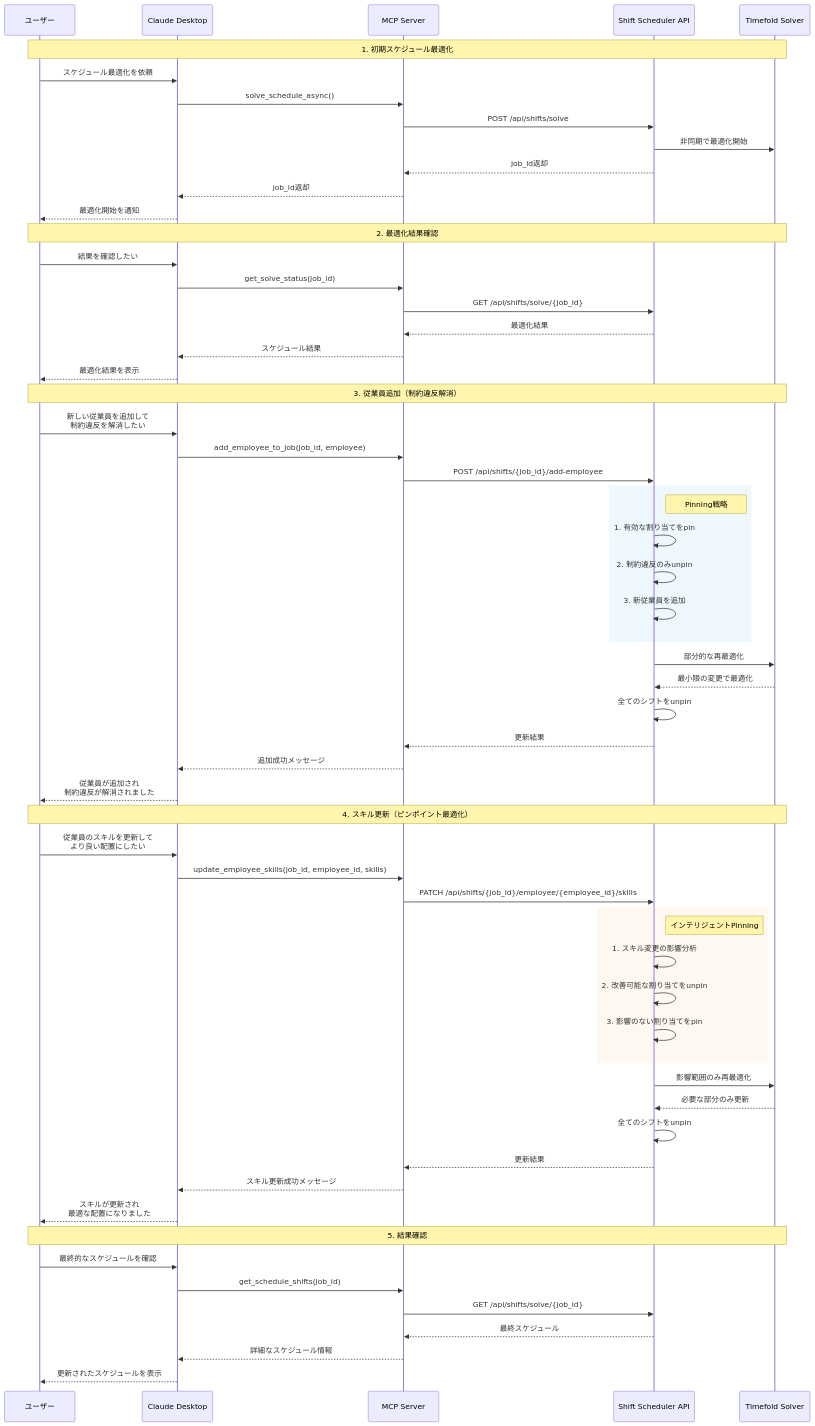
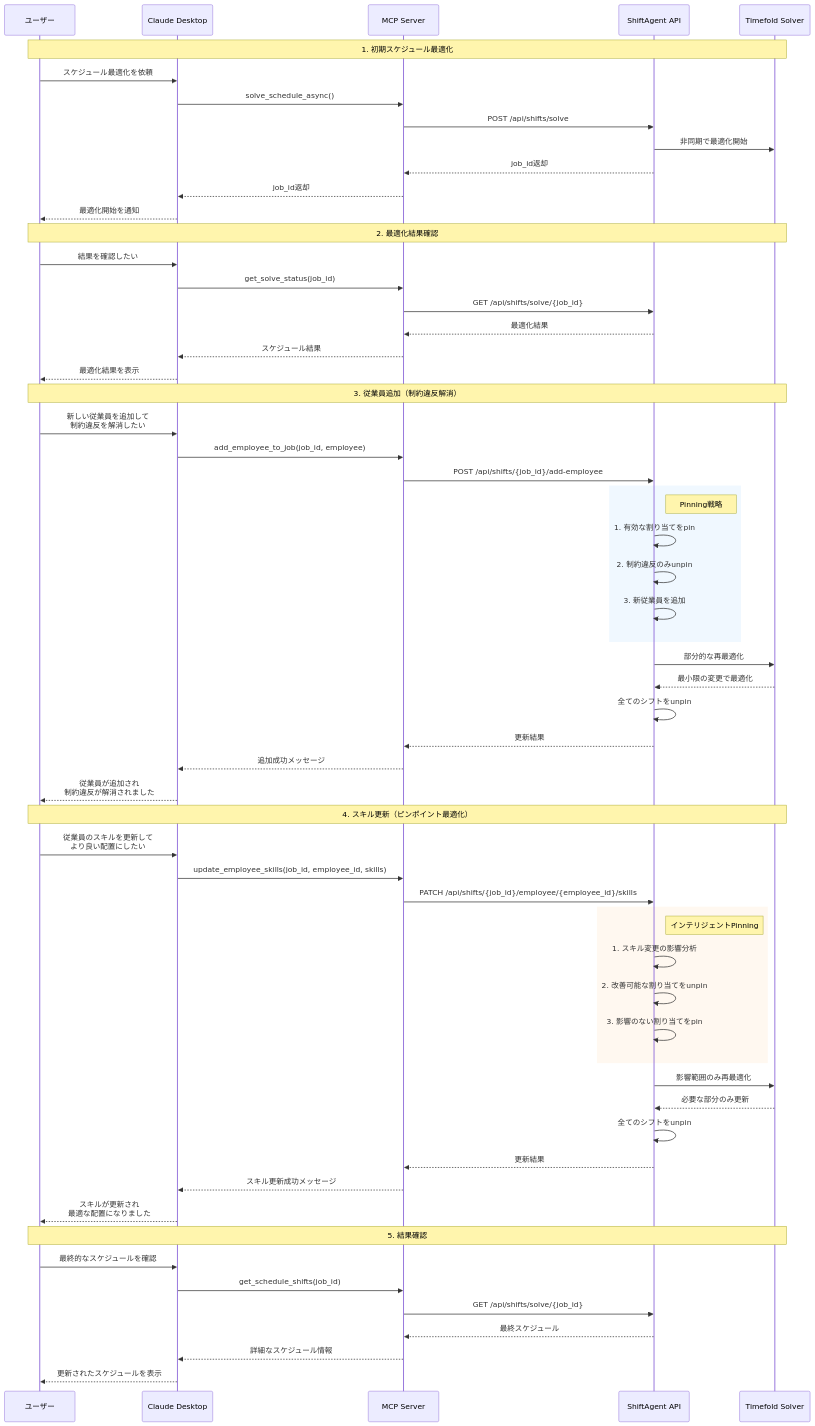
One commit to vtakaj/ShiftAgent changed the first of 3 diagrams in docs/mcp-employee-management-sequence_jp.md. Above: the diagram before and after it, drawn with Mermaid. The commit also changed 86 other files, not shown here.

First line of the commit message:
refactor: rename Natural Shift Planner to ShiftAgent

````diff
--- a/docs/mcp-employee-management-sequence_jp.md
+++ b/docs/mcp-employee-management-sequence_jp.md
@@ -5,76 +5,76 @@
 ```mermaid
 sequenceDiagram
     participant User as ユーザー
     participant CD as Claude Desktop
     participant MCP as MCP Server
-    participant API as Shift Scheduler API
+    participant API as ShiftAgent API
     participant Solver as Timefold Solver
 
     Note over User,Solver: 1. 初期スケジュール最適化
 
     User->>CD: スケジュール最適化を依頼
     CD->>MCP: solve_schedule_async()
     MCP->>API: POST /api/shifts/solve
     API->>Solver: 非同期で最適化開始
     API-->>MCP: job_id返却
     MCP-->>CD: job_id返却
     CD-->>User: 最適化開始を通知
 
     Note over User,Solver: 2. 最適化結果確認
 
     User->>CD: 結果を確認したい
     CD->>MCP: get_solve_status(job_id)
     MCP->>API: GET /api/shifts/solve/{job_id}
     API-->>MCP: 最適化結果
     MCP-->>CD: スケジュール結果
     CD-->>User: 最適化結果を表示
 
     Note over User,Solver: 3. 従業員追加（制約違反解消）
 
     User->>CD: 新しい従業員を追加して<br/>制約違反を解消したい
     CD->>MCP: add_employee_to_job(job_id, employee)
     MCP->>API: POST /api/shifts/{job_id}/add-employee
 
     rect rgb(240, 248, 255)
         Note right of API: Pinning戦略
         API->>API: 1. 有効な割り当てをpin
         API->>API: 2. 制約違反のみunpin
         API->>API: 3. 新従業員を追加
     end
 
     API->>Solver: 部分的な再最適化
     Solver-->>API: 最小限の変更で最適化
     API->>API: 全てのシフトをunpin
     API-->>MCP: 更新結果
     MCP-->>CD: 追加成功メッセージ
     CD-->>User: 従業員が追加され<br/>制約違反が解消されました
 
     Note over User,Solver: 4. スキル更新（ピンポイント最適化）
 
     User->>CD: 従業員のスキルを更新して<br/>より良い配置にしたい
     CD->>MCP: update_employee_skills(job_id, employee_id, skills)
     MCP->>API: PATCH /api/shifts/{job_id}/employee/{employee_id}/skills
 
     rect rgb(255, 248, 240)
         Note right of API: インテリジェントPinning
         API->>API: 1. スキル変更の影響分析
         API->>API: 2. 改善可能な割り当てをunpin
         API->>API: 3. 影響のない割り当てをpin
     end
 
     API->>Solver: 影響範囲のみ再最適化
     Solver-->>API: 必要な部分のみ更新
     API->>API: 全てのシフトをunpin
     API-->>MCP: 更新結果
     MCP-->>CD: スキル更新成功メッセージ
     CD-->>User: スキルが更新され<br/>最適な配置になりました
 
     Note over User,Solver: 5. 結果確認
 
     User->>CD: 最終的なスケジュールを確認
     CD->>MCP: get_schedule_shifts(job_id)
     MCP->>API: GET /api/shifts/solve/{job_id}
     API-->>MCP: 最終スケジュール
     MCP-->>CD: 詳細なスケジュール情報
     CD-->>User: 更新されたスケジュールを表示
 ```
````
